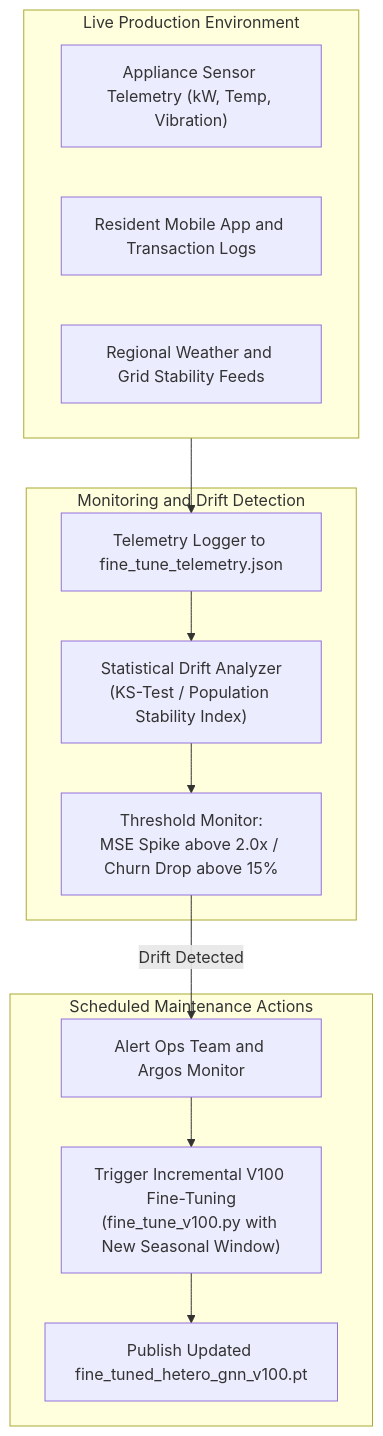
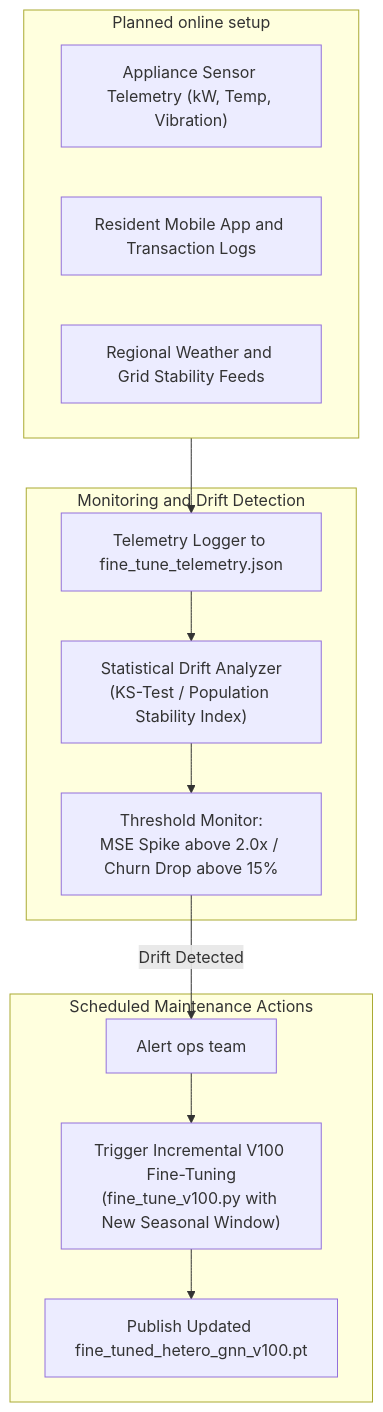
Before and after one commit to AnimeshBasak-14/SmartHVAC: the diagram in docs/ml_lifecycle/10_Model_Monitoring_and_Maintenance.md, drawn with Mermaid. The commit also changed other lines of this file and 14 other files, not shown here.

````diff
--- a/docs/ml_lifecycle/10_Model_Monitoring_and_Maintenance.md
+++ b/docs/ml_lifecycle/10_Model_Monitoring_and_Maintenance.md
@@ -22,24 +24,24 @@
 ```mermaid
 flowchart TD
-    subgraph Online_Operations["Live Production Environment"]
+    subgraph Online_Operations["Planned online setup"]
         Sensors["Appliance Sensor Telemetry (kW, Temp, Vibration)"]
         UserLogs["Resident Mobile App and Transaction Logs"]
         GridData["Regional Weather and Grid Stability Feeds"]
     end
 
     subgraph Monitor_Engine["Monitoring and Drift Detection"]
         Logger["Telemetry Logger to fine_tune_telemetry.json"]
         DriftDetector["Statistical Drift Analyzer<br>(KS-Test / Population Stability Index)"]
         Thresholds["Threshold Monitor:<br>MSE Spike above 2.0x / Churn Drop above 15%"]
     end
 
     subgraph Maintenance_Action["Scheduled Maintenance Actions"]
-        Alert["Alert Ops Team and Argos Monitor"]
+        Alert["Alert ops team"]
         Retrain["Trigger Incremental V100 Fine-Tuning<br>(fine_tune_v100.py with New Seasonal Window)"]
         UpdateWeights["Publish Updated fine_tuned_hetero_gnn_v100.pt"]
     end
 
     Online_Operations --> Logger --> DriftDetector
     DriftDetector --> Thresholds
     Thresholds -- "Drift Detected" --> Alert --> Retrain --> UpdateWeights
 ```
````
